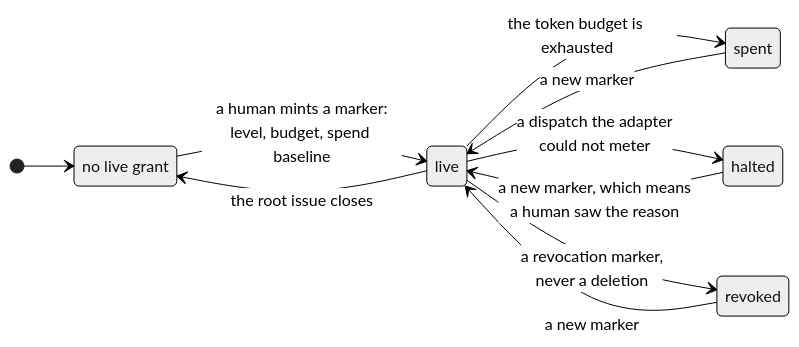
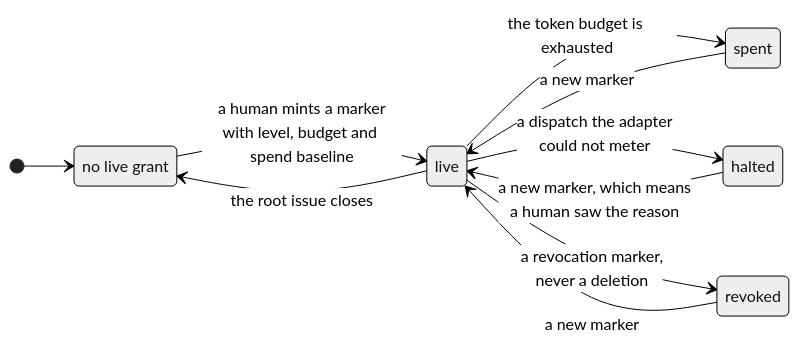
Diagram 12 of 16 in docs/architecture/architecture.md (niksavis/basicly), drawn with Mermaid (neutral theme) before and after one commit. The commit also changed other lines of this file and 13 other files, not shown here.

````diff
--- a/docs/architecture/architecture.md
+++ b/docs/architecture/architecture.md
@@ -2226,20 +2244,20 @@
 ```mermaid
 stateDiagram-v2
   direction LR
 
   state "no live grant" as none
   state "live" as live
   state "spent" as spent
   state "halted" as halted
   state "revoked" as revoked
 
   [*] --> none
-  none --> live : a human mints a marker:<br/>level, budget, spend baseline
+  none --> live : a human mints a marker<br/>with level, budget and spend baseline
   live --> spent : the token budget is exhausted
   live --> halted : a dispatch the adapter<br/>could not meter
   live --> revoked : a revocation marker,<br/>never a deletion
   live --> none : the root issue closes
   spent --> live : a new marker
   halted --> live : a new marker, which means<br/>a human saw the reason
   revoked --> live : a new marker
 ```
````
